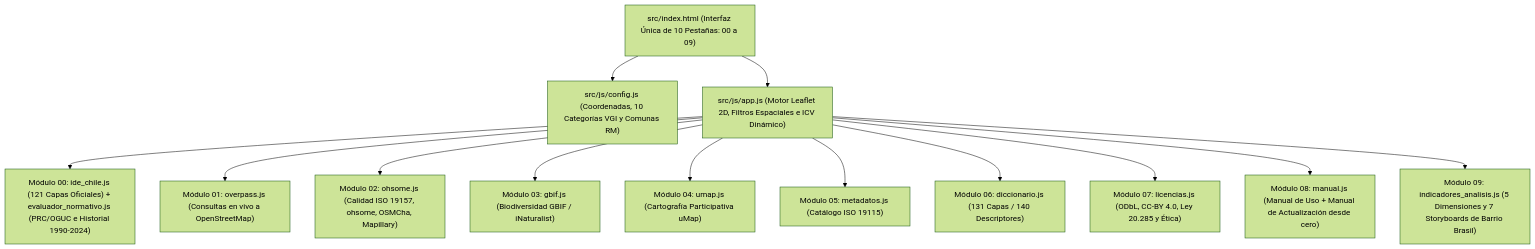
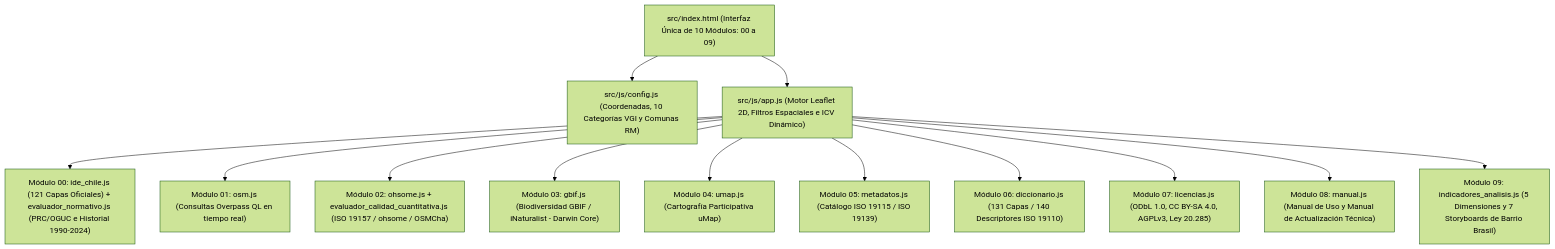
The diagram in src/docs/ARQUITECTURA.md (GEOJOTA/atlas_vgi_territorial), drawn with Mermaid (forest theme) before and after one commit. The commit also changed other lines of this file and 20 other files, not shown here.

Commit message:
Refactor: Redaccion en tercera persona estilo articulo academico en Manual de Uso, Manual de Actualizacion, Arquitectura e Indicadores

````diff
--- a/src/docs/ARQUITECTURA.md
+++ b/src/docs/ARQUITECTURA.md
@@ -30,20 +30,20 @@
 ```mermaid
 flowchart TD
-    UI["src/index.html (Interfaz Única de 10 Pestañas: 00 a 09)"]
+    UI["src/index.html (Interfaz Única de 10 Módulos: 00 a 09)"]
     CFG["src/js/config.js (Coordenadas, 10 Categorías VGI y Comunas RM)"]
     APP["src/js/app.js (Motor Leaflet 2D, Filtros Espaciales e ICV Dinámico)"]
     
     UI --> CFG
     UI --> APP
     
     APP --> M00["Módulo 00: ide_chile.js (121 Capas Oficiales) + evaluador_normativo.js (PRC/OGUC e Historial 1990-2024)"]
-    APP --> M01["Módulo 01: overpass.js (Consultas en vivo a OpenStreetMap)"]
-    APP --> M02["Módulo 02: ohsome.js (Calidad ISO 19157, ohsome, OSMCha, Mapillary)"]
-    APP --> M03["Módulo 03: gbif.js (Biodiversidad GBIF / iNaturalist)"]
+    APP --> M01["Módulo 01: osm.js (Consultas Overpass QL en tiempo real)"]
+    APP --> M02["Módulo 02: ohsome.js + evaluador_calidad_cuantitativa.js (ISO 19157 / ohsome / OSMCha)"]
+    APP --> M03["Módulo 03: gbif.js (Biodiversidad GBIF / iNaturalist - Darwin Core)"]
     APP --> M04["Módulo 04: umap.js (Cartografía Participativa uMap)"]
-    APP --> M05["Módulo 05: metadatos.js (Catálogo ISO 19115)"]
-    APP --> M06["Módulo 06: diccionario.js (131 Capas / 140 Descriptores)"]
-    APP --> M07["Módulo 07: licencias.js (ODbL, CC-BY 4.0, Ley 20.285 y Ética)"]
-    APP --> M08["Módulo 08: manual.js (Manual de Uso + Manual de Actualización desde cero)"]
+    APP --> M05["Módulo 05: metadatos.js (Catálogo ISO 19115 / ISO 19139)"]
+    APP --> M06["Módulo 06: diccionario.js (131 Capas / 140 Descriptores ISO 19110)"]
+    APP --> M07["Módulo 07: licencias.js (ODbL 1.0, CC BY-SA 4.0, AGPLv3, Ley 20.285)"]
+    APP --> M08["Módulo 08: manual.js (Manual de Uso y Manual de Actualización Técnica)"]
     APP --> M09["Módulo 09: indicadores_analisis.js (5 Dimensiones y 7 Storyboards de Barrio Brasil)"]
 ```
````
